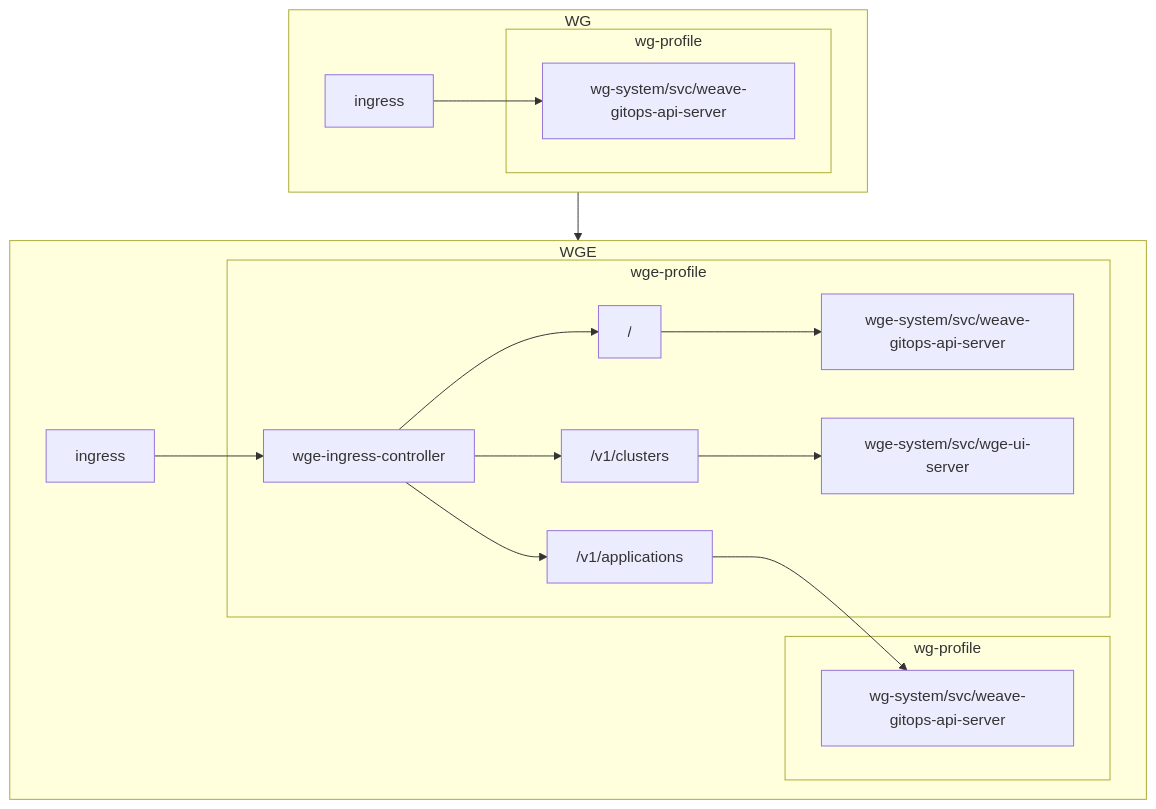
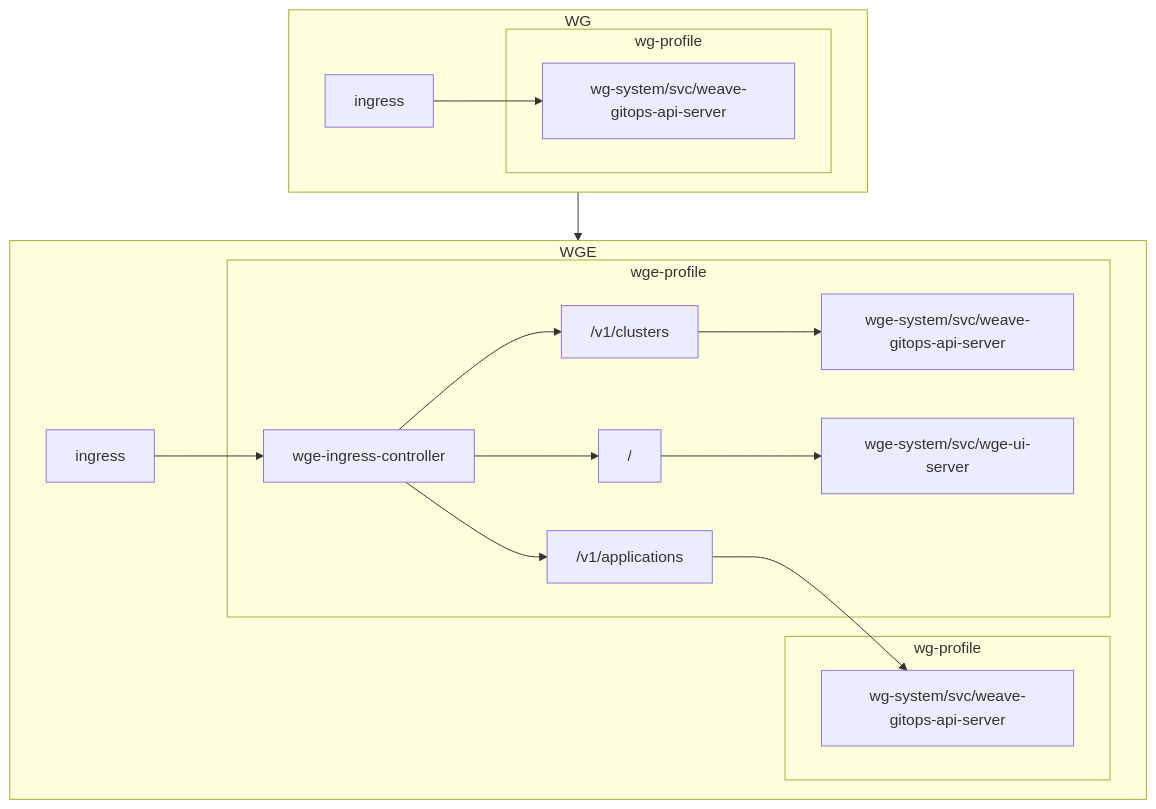
The fourth of 4 diagrams in docs/adrs/000X-wg-to-wge-upgrade.md (weaveworks/weave-gitops-private), drawn with Mermaid before and after one commit. The commit also changed 6 other files, not shown here.

Commit message:
fixes diagram

````diff
--- a/docs/adrs/000X-wg-to-wge-upgrade.md
+++ b/docs/adrs/000X-wg-to-wge-upgrade.md
@@ -176,26 +176,26 @@
 ```mermaid
 flowchart
   subgraph WG
     subgraph wg-profile
       wg-api-service
     end
     wg-ingress[ingress] --> wg-api-service[wg-system/svc/weave-gitops-api-server]
   end
   subgraph WGE
     subgraph wg-profile2[wg-profile]
       wg-api-service2[wg-system/svc/weave-gitops-api-server]
     end
     subgraph wge-profile
       wge-api-service
       wge-system/svc/wge-ui-server
       wge-ingress-controller
       /v1/applications
       /v1/clusters
       /
     end
     wge-ingress[ingress] --> wge-ingress-controller --> /v1/applications --> wg-api-service2[wg-system/svc/weave-gitops-api-server]
-    wge-ingress-controller --> / --> wge-api-service[wge-system/svc/weave-gitops-api-server]
-    wge-ingress-controller --> /v1/clusters --> wge-system/svc/wge-ui-server
+    wge-ingress-controller --> /v1/clusters --> wge-api-service[wge-system/svc/weave-gitops-api-server]
+    wge-ingress-controller --> / --> wge-system/svc/wge-ui-server
   end
   WG --> WGE
 ```
````
